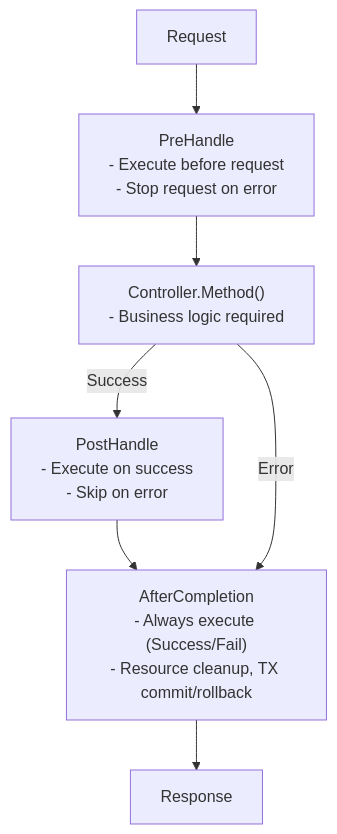
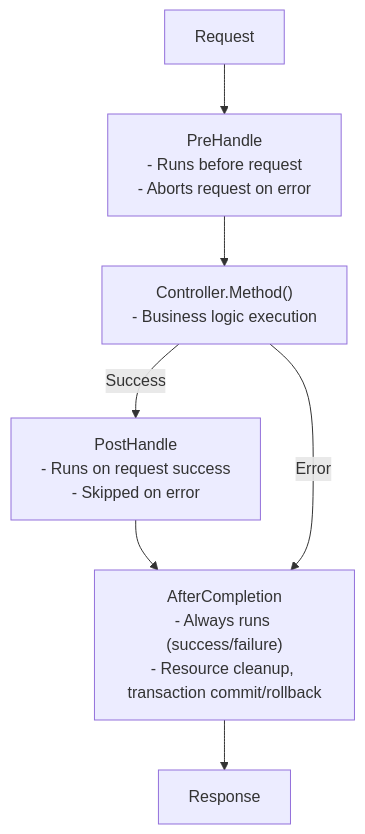
The diagram in docs/en/learn/tutorial/4-interceptor.md (NARUBROWN/spine-site), drawn with Mermaid before and after one commit. The commit also changed other lines of this file and 1 other file, not shown here.

Commit message:
docs: Enhance interceptor tutorial with global/route types, execution order, error handling, and context/metadata usage.

````diff
--- a/docs/en/learn/tutorial/4-interceptor.md
+++ b/docs/en/learn/tutorial/4-interceptor.md
@@ -21,15 +18,15 @@
 ```mermaid
 graph TD
     Request
-    Request --> Pre["PreHandle<br/>- Execute before request<br/>- Stop request on error"]
+    Request --> Pre["PreHandle<br/>- Runs before request<br/>- Aborts request on error"]
     
-    Pre --> Controller["Controller.Method()<br/>- Business logic required"]
+    Pre --> Controller["Controller.Method()<br/>- Business logic execution"]
     
-    Controller -- Success --> Post["PostHandle<br/>- Execute on success<br/>- Skip on error"]
+    Controller -- Success --> Post["PostHandle<br/>- Runs on request success<br/>- Skipped on error"]
     
-    Post --> After["AfterCompletion<br/>- Always execute (Success/Fail)<br/>- Resource cleanup, TX commit/rollback"]
+    Post --> After["AfterCompletion<br/>- Always runs (success/failure)<br/>- Resource cleanup, transaction commit/rollback"]
     
     Controller -- Error --> After
     
     After --> Response
 ```
````
